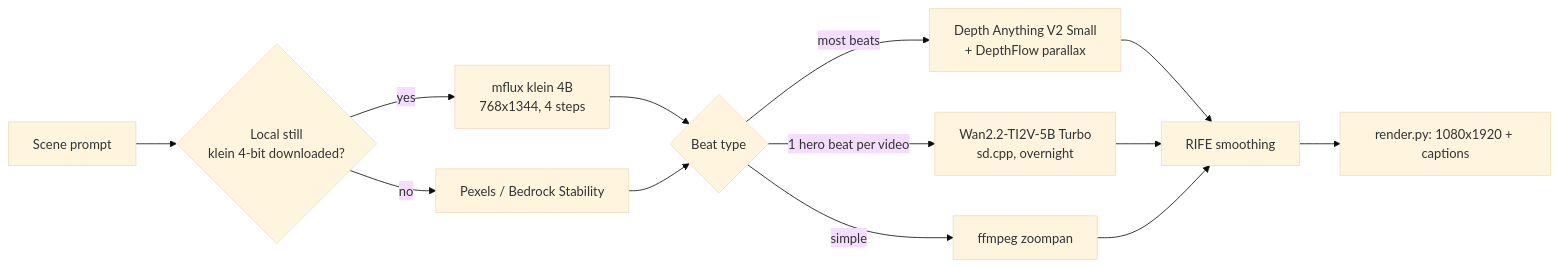
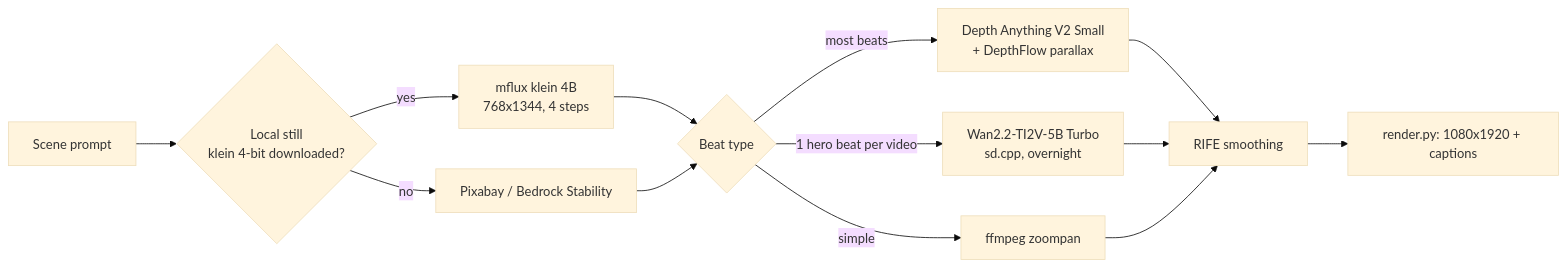
Before and after one commit to bibekgupta3333/instagram_automation: the diagram in docs/4-production/18-local-image-video-models.md, drawn with Mermaid (base theme). The commit also changed other lines of this file and 28 other files, not shown here.

First line of the commit message:
Replace Pexels with Pixabay, remove HeyGen avatars (all 10 channels faceless)

````diff
--- a/docs/4-production/18-local-image-video-models.md
+++ b/docs/4-production/18-local-image-video-models.md
@@ -25,12 +25,12 @@
 ```mermaid
 flowchart LR
     S[Scene prompt] --> I{Local still<br/>klein 4-bit downloaded?}
     I -->|yes| K[mflux klein 4B<br/>768x1344, 4 steps]
-    I -->|no| P[Pexels / Bedrock Stability]
+    I -->|no| P[Pixabay / Bedrock Stability]
     K --> M{Beat type}
     P --> M
     M -->|most beats| D[Depth Anything V2 Small<br/>+ DepthFlow parallax]
     M -->|1 hero beat per video| W[Wan2.2-TI2V-5B Turbo<br/>sd.cpp, overnight]
     M -->|simple| Z[ffmpeg zoompan]
     D & W & Z --> R[RIFE smoothing] --> F[render.py: 1080x1920 + captions]
 ```
````
